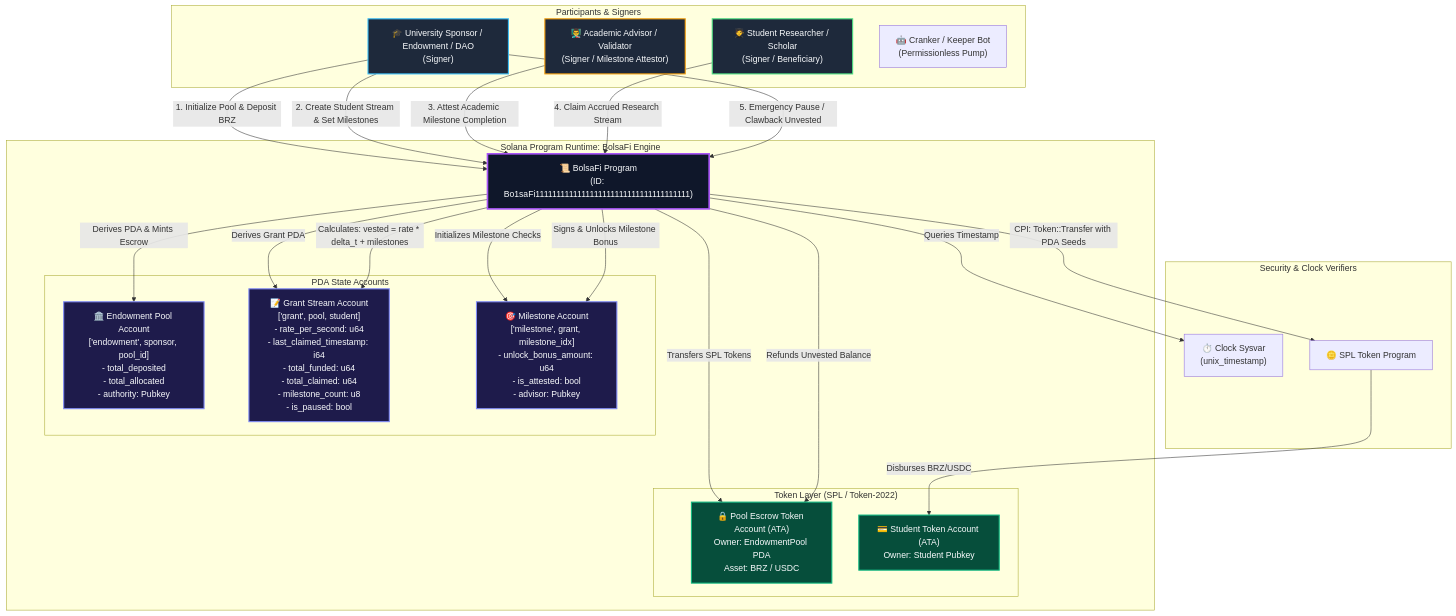
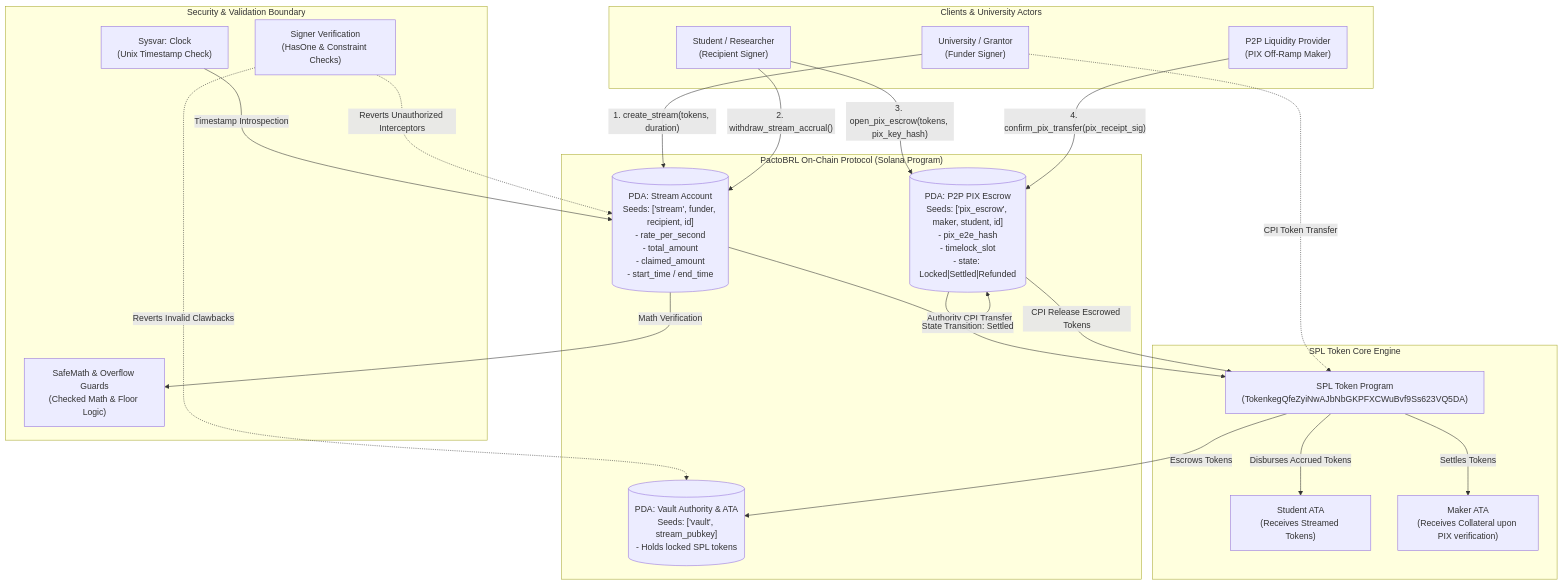
One commit to wiliancolomboo-tech/web3-hackathon-universit-ria-superteam-b-23e772 changed the diagram in README.md. Above: the diagram before and after it, drawn with Mermaid. The commit also changed other lines of this file and 61 other files, not shown here.

````diff
--- a/README.md
+++ b/README.md
@@ -38,60 +34,48 @@
 ```mermaid
 flowchart TD
-    subgraph Actors ["Participants & Signers"]
-        Sponsor["🎓 University Sponsor / Endowment / DAO\n(Signer)"]
-        Student["🧑‍🎓 Student Researcher / Scholar\n(Signer / Beneficiary)"]
-        Advisor["👨‍🏫 Academic Advisor / Validator\n(Signer / Milestone Attestor)"]
-        Keeper["🤖 Cranker / Keeper Bot\n(Permissionless Pump)"]
+    subgraph ClientLayer["Clients & University Actors"]
+        Uni["University / Grantor\n(Funder Signer)"]
+        Student["Student / Researcher\n(Recipient Signer)"]
+        Maker["P2P Liquidity Provider\n(PIX Off-Ramp Maker)"]
     end
 
-    subgraph SolanaRuntime ["Solana Program Runtime: BolsaFi Engine"]
-        Program["📜 BolsaFi Program\n(ID: Bo1saFi1111111111111111111111111111111111111)"]
-
-        subgraph PDA_State ["PDA State Accounts"]
-            EndowmentPool["🏛️ Endowment Pool Account\n['endowment', sponsor, pool_id]\n- total_deposited\n- total_allocated\n- authority: Pubkey"]
-            StreamGrant["📝 Grant Stream Account\n['grant', pool, student]\n- rate_per_second: u64\n- last_claimed_timestamp: i64\n- total_funded: u64\n- total_claimed: u64\n- milestone_count: u8\n- is_paused: bool"]
-            MilestonePDA["🎯 Milestone Account\n['milestone', grant, milestone_idx]\n- unlock_bonus_amount: u64\n- is_attested: bool\n- advisor: Pubkey"]
-        end
-
-        subgraph Vaults ["Token Layer (SPL / Token-2022)"]
-            PoolVault["🔒 Pool Escrow Token Account (ATA)\nOwner: EndowmentPool PDA\nAsset: BRZ / USDC"]
-            StudentATA["💳 Student Token Account (ATA)\nOwner: Student Pubkey"]
-        end
+    subgraph SecurityGuards["Security & Validation Boundary"]
+        ClockSys["Sysvar: Clock\n(Unix Timestamp Check)"]
+        SigVerify["Signer Verification\n(HasOne & Constraint Checks)"]
+        MathGuard["SafeMath & Overflow Guards\n(Checked Math & Floor Logic)"]
     end
 
-    subgraph ExternalGuards ["Security & Clock Verifiers"]
-        ClockSysvar["⏱️ Clock Sysvar\n(unix_timestamp)"]
-        TokenProg["🪙 SPL Token Program"]
+    subgraph ProgramState["PactoBRL On-Chain Protocol (Solana Program)"]
+        StreamPDA[("PDA: Stream Account\nSeeds: ['stream', funder, recipient, id]\n- rate_per_second\n- total_amount\n- claimed_amount\n- start_time / end_time")]
+        VaultPDA[("PDA: Vault Authority & ATA\nSeeds: ['vault', stream_pubkey]\n- Holds locked SPL tokens")]
+        EscrowPDA[("PDA: P2P PIX Escrow\nSeeds: ['pix_escrow', maker, student, id]\n- pix_e2e_hash\n- timelock_slot\n- state: Locked|Settled|Refunded")]
     end
 
-    %% Execution Flows
-    Sponsor -->|1. Initialize Pool & Deposit BRZ| Program
-    Program -->|Derives PDA & Mints Escrow| EndowmentPool
-    Program -->|Transfers SPL Tokens| PoolVault
+    subgraph SolanaCore["SPL Token Core Engine"]
+        TokenProg["SPL Token Program\n(TokenkegQfeZyiNwAJbNbGKPFXCWuBvf9Ss623VQ5DA)"]
+        StudentATA["Student ATA\n(Receives Streamed Tokens)"]
+        MakerATA["Maker ATA\n(Receives Collateral upon PIX verification)"]
+    end
 
-    Sponsor -->|2. Create Student Stream & Set Milestones| Program
-    Program -->|Derives Grant PDA| StreamGrant
-    Program -->|Initializes Milestone Checks| MilestonePDA
+    %% Flow of Grant Streaming
+    Uni -->|"1. create_stream(tokens, duration)"| StreamPDA
+    Uni -.->|"CPI Token Transfer"| TokenProg
+    TokenProg -->|"Escrows Tokens"| VaultPDA
 
-    Advisor -->|3. Attest Academic Milestone Completion| Program
-    Program -->|Signs & Unlocks Milestone Bonus| MilestonePDA
+    ClockSys -->|"Timestamp Introspection"| StreamPDA
+    Student -->|"2. withdraw_stream_accrual()"| StreamPDA
+    StreamPDA -->|"Math Verification"| MathGuard
+    StreamPDA -->|"Authority CPI Transfer"| TokenProg
+    TokenProg -->|"Disburses Accrued Tokens"| StudentATA
 
-    Student -->|4. Claim Accrued Research Stream| Program
-    Program -->|Queries Timestamp| ClockSysvar
-    Program -->|Calculates: vested = rate * delta_t + milestones| StreamGrant
-    Program -->|CPI: Token::Transfer with PDA Seeds| TokenProg
-    TokenProg -->|Disburses BRZ/USDC| StudentATA
+    %% Flow of P2P PIX Swap
+    Student -->|"3. open_pix_escrow(tokens, pix_key_hash)"| EscrowPDA
+    Maker -->|"4. confirm_pix_transfer(pix_receipt_sig)"| EscrowPDA
+    EscrowPDA -->|"State Transition: Settled"| EscrowPDA
+    EscrowPDA -->|"CPI Release Escrowed Tokens"| TokenProg
+    TokenProg -->|"Settles Tokens"| MakerATA
 
-    Sponsor -->|5. Emergency Pause / Clawback Unvested| Program
-    Program -->|Refunds Unvested Balance| PoolVault
-
-    style Sponsor fill:#1E293B,stroke:#38BDF8,stroke-width:2px,color:#F8FAFC
-    style Student fill:#1E293B,stroke:#4ADE80,stroke-width:2px,color:#F8FAFC
-    style Advisor fill:#1E293B,stroke:#F59E0B,stroke-width:2px,color:#F8FAFC
-    style Program fill:#0F172A,stroke:#A855F7,stroke-width:3px,color:#F8FAFC
-    style EndowmentPool fill:#1E1B4B,stroke:#818CF8,stroke-width:2px,color:#F8FAFC
-    style StreamGrant fill:#1E1B4B,stroke:#818CF8,stroke-width:2px,color:#F8FAFC
-    style MilestonePDA fill:#1E1B4B,stroke:#818CF8,stroke-width:2px,color:#F8FAFC
-    style PoolVault fill:#064E3B,stroke:#10B981,stroke-width:2px,color:#F8FAFC
-    style StudentATA fill:#064E3B,stroke:#10B981,stroke-width:2px,color:#F8FAFC
+    %% Invalidation & Security Paths
+    SigVerify -.->|"Reverts Unauthorized Interceptors"| StreamPDA
+    SigVerify -.->|"Reverts Invalid Clawbacks"| VaultPDA
 ```
````
